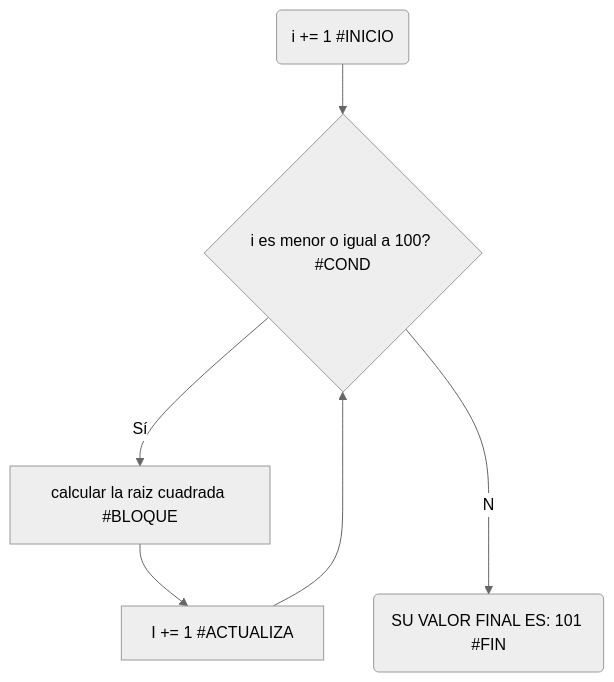
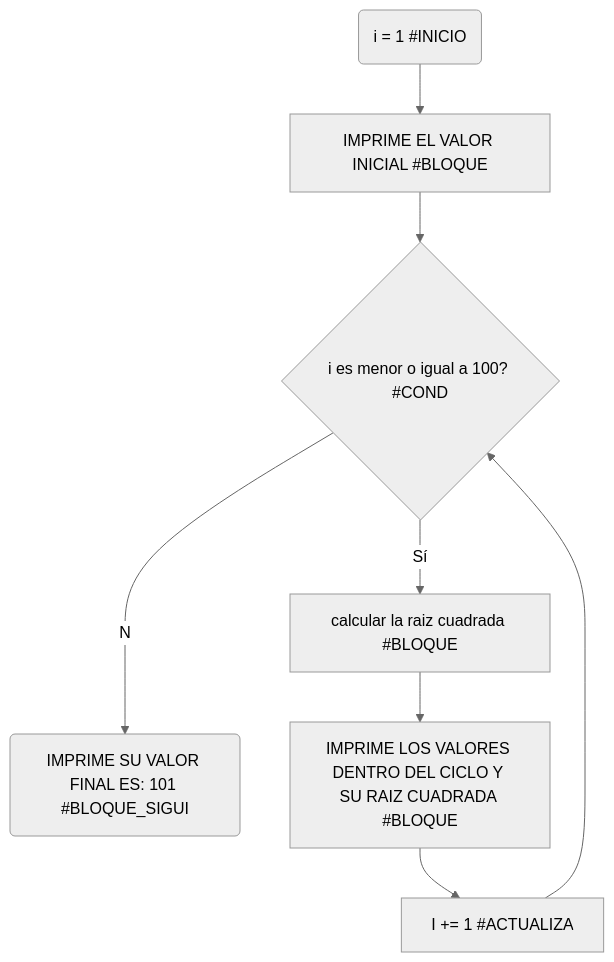
The first of 2 diagrams in README.md (tatianaperez18/RETO_7_UN_VIAJE_ASTRAL), drawn with Mermaid (neutral theme) before and after one commit. The commit also changed other lines of this file, not shown here.

````diff
--- a/README.md
+++ b/README.md
@@ -19,8 +19,10 @@
 ```mermaid
 graph TD;
-  B(i += 1 #INICIO) --> C{i es menor o igual a 100? #COND};
+  A(i = 1 #INICIO) --> B[IMPRIME EL VALOR INICIAL #BLOQUE]
+  B --> C{i es menor o igual a 100? #COND};
+  C --No--> E(IMPRIME SU VALOR FINAL ES: 101 #BLOQUE_SIGUI);
   C --Sí--> D[calcular la raiz cuadrada #BLOQUE];
-  D --> F[I += 1 #ACTUALIZA];
-  F --> C;
-  C --No--> E(SU VALOR FINAL ES: 101 #FIN);
+  D --> F[IMPRIME LOS VALORES DENTRO DEL CICLO Y SU RAIZ CUADRADA #BLOQUE];
+  F --> G[I += 1 #ACTUALIZA];
+  G --> C;
 ```
````
